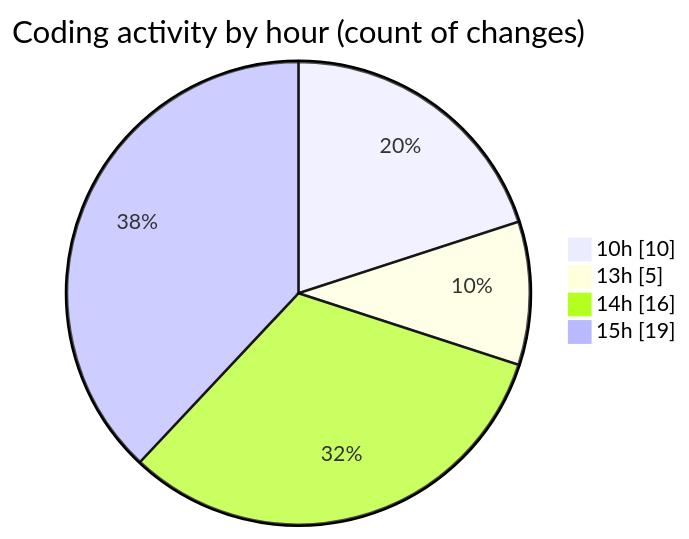
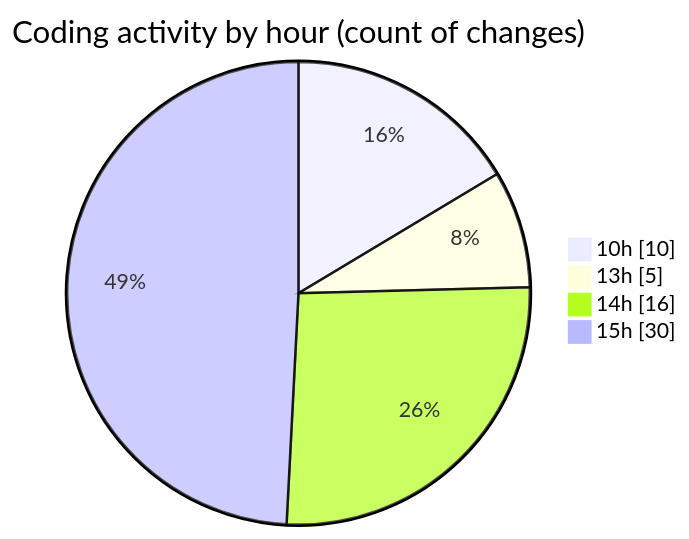
One commit to nxtqubesakshisongat/code-tracking changed the second of 2 diagrams in 2025-07-30/nxtqube_webapp/README.md. Above: the diagram before and after it, drawn with Mermaid. The commit also changed other lines of this file and 1 other file, not shown here.

````diff
--- a/2025-07-30/nxtqube_webapp/README.md
+++ b/2025-07-30/nxtqube_webapp/README.md
@@ -36,8 +36,8 @@
 ```mermaid
 pie showData
 title Coding activity by hour (count of changes)
 "10h" : 10
 "13h" : 5
 "14h" : 16
-"15h" : 19
+"15h" : 30
 ```
````
